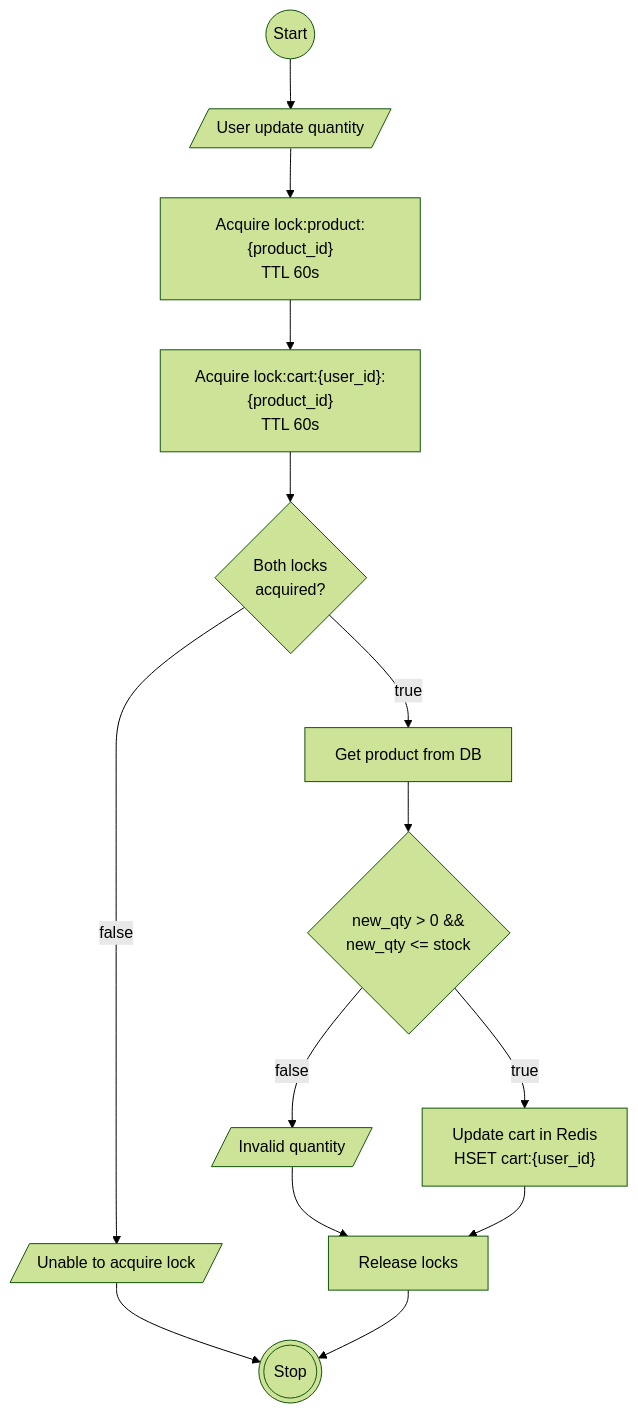
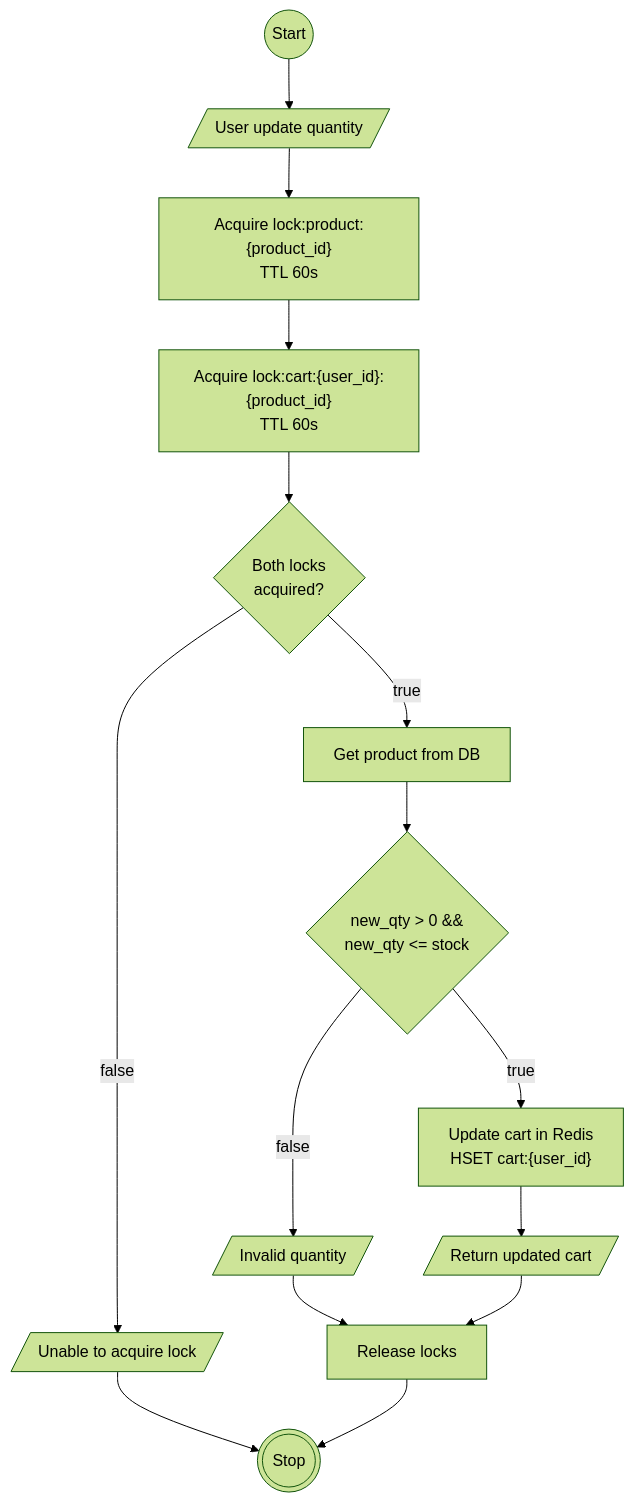
One commit to ItsnaMaulanaHasan/system-design-carts-system changed the fourth of 8 diagrams in README.md. Above: the diagram before and after it, drawn with Mermaid (forest theme). The commit also changed other lines of this file, not shown here.

Commit message:
feat: update flowchart checkout

````diff
--- a/README.md
+++ b/README.md
@@ -200,29 +201,30 @@
 ```mermaid
 flowchart TD
     Start@{ shape: circle, label: "Start" }
     Stop@{ shape: dbl-circ, label: "Stop" }
 
     UserUpdate@{ shape: lean-r, label: "User update quantity" }
 
     TryLockProduct@{ shape: rect, label: "Acquire lock:product:{product_id}<br/>TTL 60s" }
     TryLockCart@{ shape: rect, label: "Acquire lock:cart:{user_id}:{product_id}<br/>TTL 60s" }
 
     LockOK@{ shape: diamond, label: "Both locks<br/>acquired?" }
     ErrorLock@{ shape: lean-r, label: "Unable to acquire lock" }
 
     GetProduct@{ shape: rect, label: "Get product from DB" }
     ValidateStock@{ shape: diamond, label: "new_qty > 0 &&<br/>new_qty <= stock" }
 
     ErrorStock@{ shape: lean-r, label: "Invalid quantity" }
 
     UpdateCart@{ shape: rect, label: "Update cart in Redis<br/>HSET cart:{user_id}" }
     ReleaseLocks@{ shape: rect, label: "Release locks" }
+    Success@{ shape: lean-r, label: "Return updated cart" }
 
     Start --> UserUpdate --> TryLockProduct --> TryLockCart --> LockOK
 
     LockOK -- false --> ErrorLock --> Stop
     LockOK -- true --> GetProduct --> ValidateStock
 
     ValidateStock -- false --> ErrorStock --> ReleaseLocks
-    ValidateStock -- true --> UpdateCart --> ReleaseLocks --> Stop
+    ValidateStock -- true --> UpdateCart --> Success --> ReleaseLocks --> Stop
 ```
````
